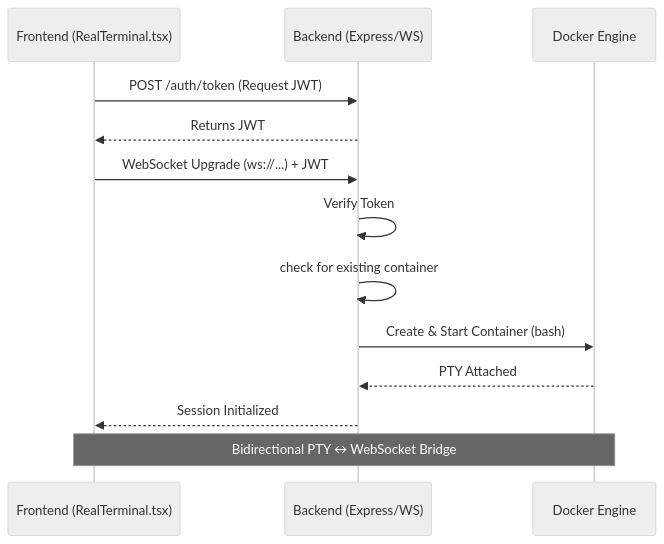
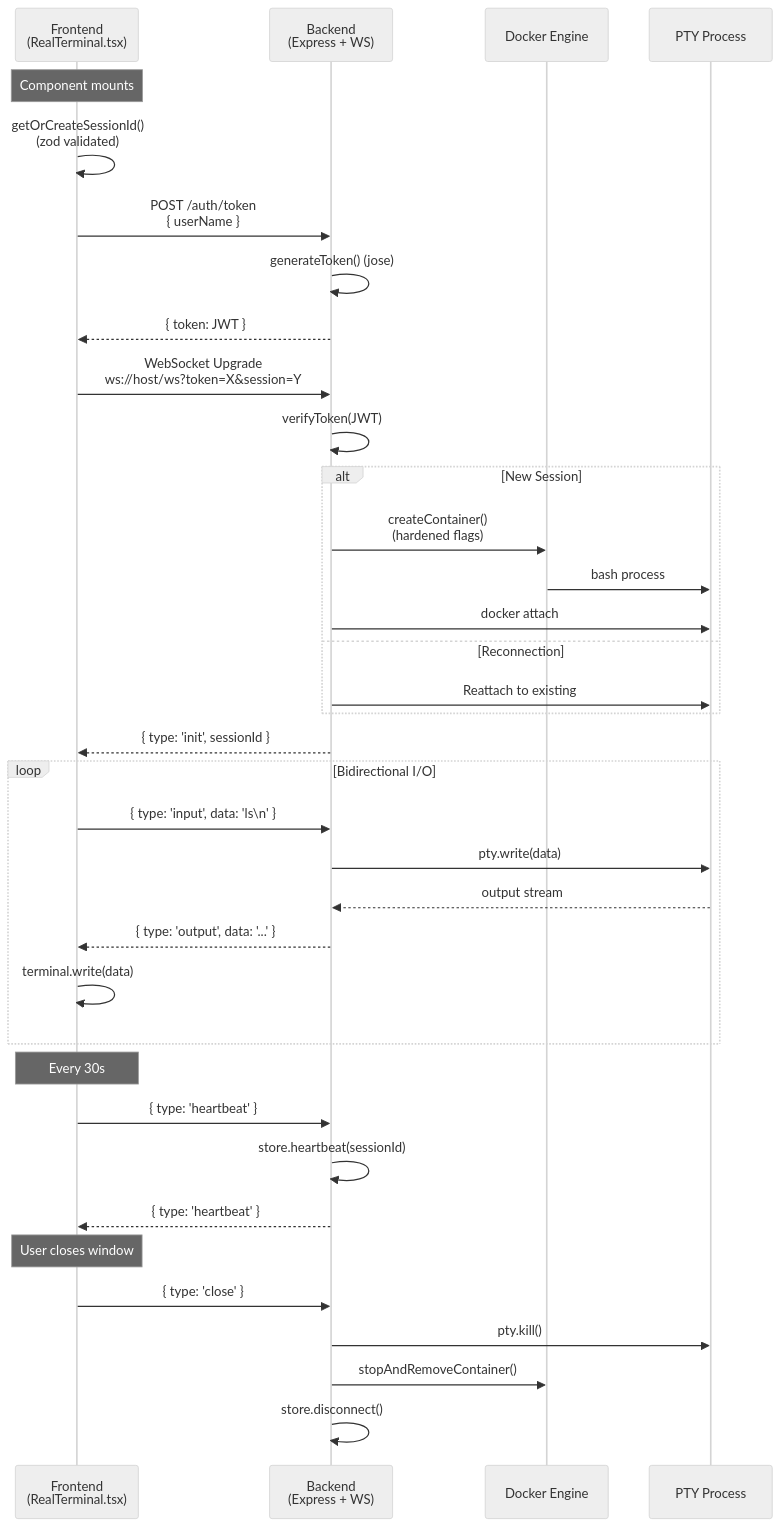
One commit to nordeim/web-linux changed the third of 6 diagrams in Project_Architecture_Document.md. Above: the diagram before and after it, drawn with Mermaid (neutral theme). The commit also changed other lines of this file and 5 other files, not shown here.

````diff
--- a/Project_Architecture_Document.md
+++ b/Project_Architecture_Document.md
@@ -93,16 +357,46 @@
 ```mermaid
 sequenceDiagram
-    participant FE as Frontend (RealTerminal.tsx)
-    participant BE as Backend (Express/WS)
+    participant FE as Frontend<br/>(RealTerminal.tsx)
+    participant BE as Backend<br/>(Express + WS)
     participant DK as Docker Engine
+    participant PTY as PTY Process
 
-    FE->>BE: POST /auth/token (Request JWT)
-    BE-->>FE: Returns JWT
-    FE->>BE: WebSocket Upgrade (ws://...) + JWT
-    BE->>BE: Verify Token
-    BE->>BE: check for existing container
-    BE->>DK: Create & Start Container (bash)
-    DK-->>BE: PTY Attached
-    BE-->>FE: Session Initialized
-    Note over FE,DK: Bidirectional PTY ↔ WebSocket Bridge
+    Note over FE: Component mounts
+    
+    FE->>FE: getOrCreateSessionId()<br/>(zod validated)
+    FE->>BE: POST /auth/token<br/>{ userName }
+    BE->>BE: generateToken() (jose)
+    BE-->>FE: { token: JWT }
+    
+    FE->>BE: WebSocket Upgrade<br/>ws://host/ws?token=X&session=Y
+    BE->>BE: verifyToken(JWT)
+    
+    alt New Session
+        BE->>DK: createContainer()<br/>(hardened flags)
+        DK->>PTY: bash process
+        BE->>PTY: docker attach
+    else Reconnection
+        BE->>PTY: Reattach to existing
+    end
+    
+    BE-->>FE: { type: 'init', sessionId }
+    
+    loop Bidirectional I/O
+        FE->>BE: { type: 'input', data: 'ls\n' }
+        BE->>PTY: pty.write(data)
+        PTY-->>BE: output stream
+        BE-->>FE: { type: 'output', data: '...' }
+        FE->>FE: terminal.write(data)
+    end
+    
+    Note over FE: Every 30s
+    FE->>BE: { type: 'heartbeat' }
+    BE->>BE: store.heartbeat(sessionId)
+    BE-->>FE: { type: 'heartbeat' }
+    
+    Note over FE: User closes window
+    FE->>BE: { type: 'close' }
+    BE->>PTY: pty.kill()
+    BE->>DK: stopAndRemoveContainer()
+    BE->>BE: store.disconnect()
 ```
````
